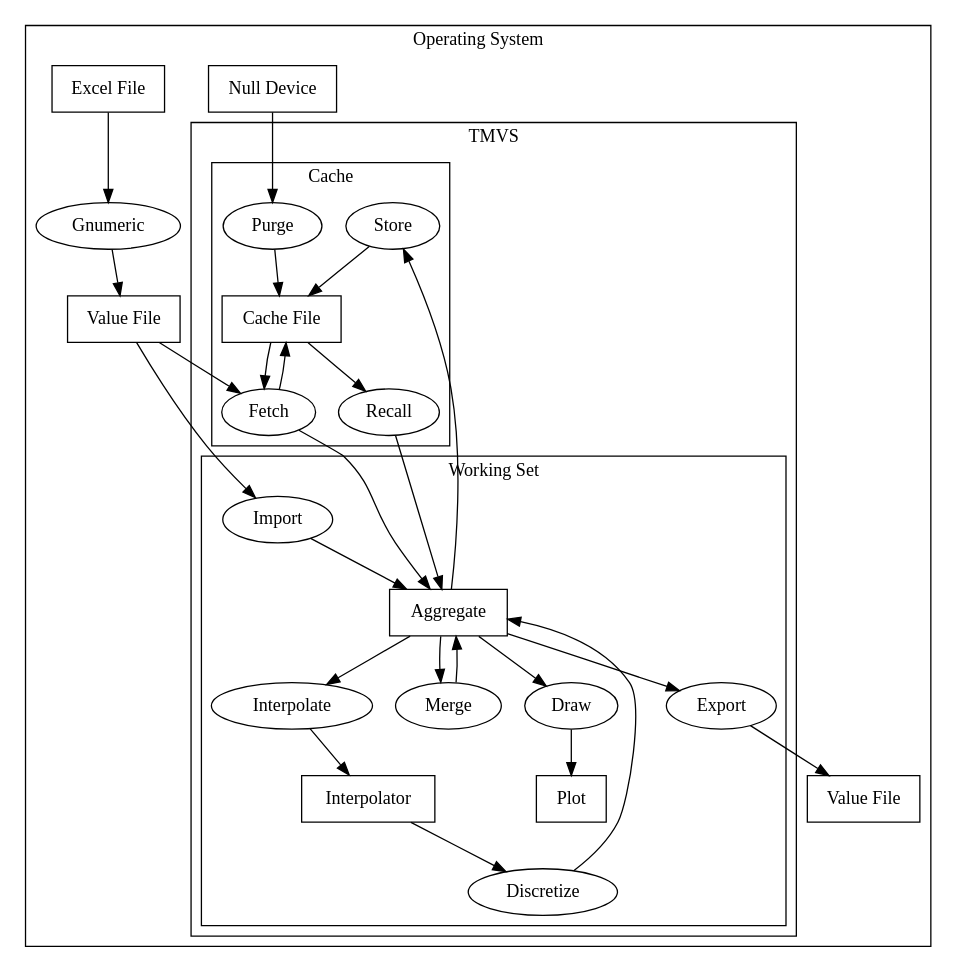
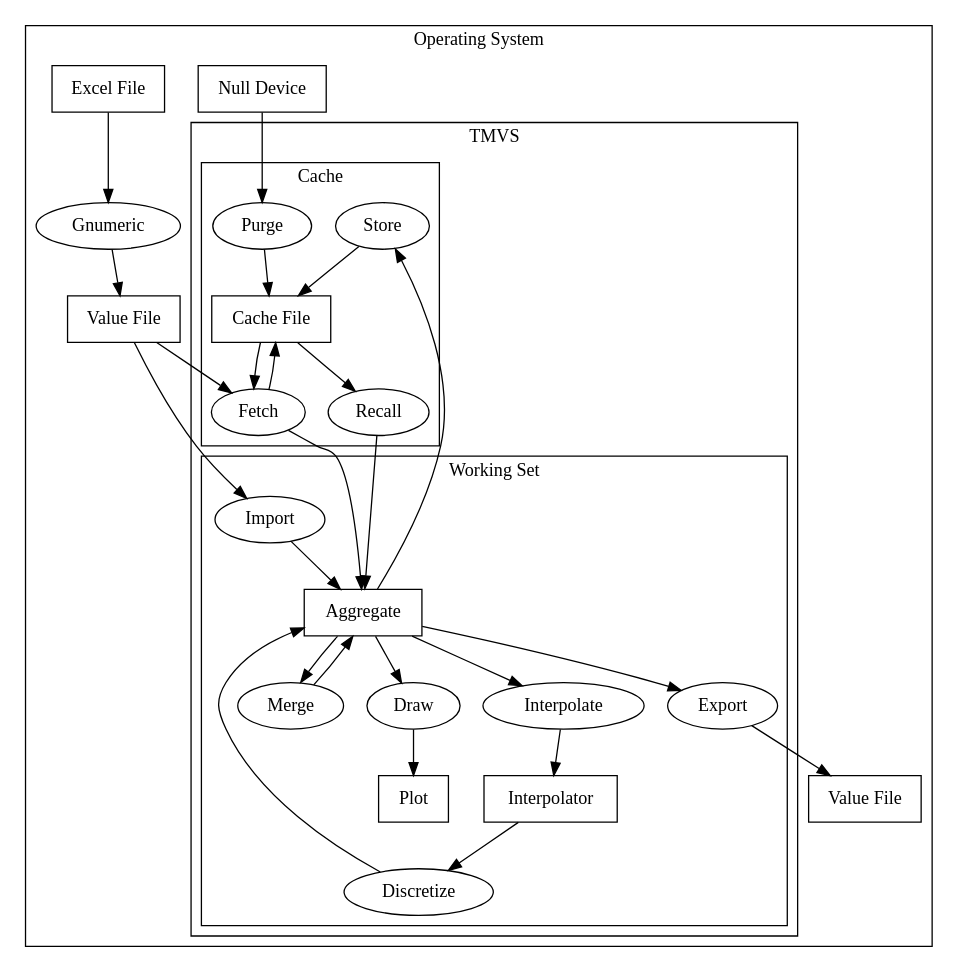
The diagram in data-flow.dot (Tuplanolla/tmvs), drawn with Graphviz before and after one commit. The commit also changed other lines of this file and 65 other files, not shown here.

```diff
--- a/data-flow.dot
+++ b/data-flow.dot
@@ -1,64 +1,64 @@
 digraph {
   subgraph cluster_os {
     label = "Operating System"
 
     node [shape = box]
     null [label = "Null Device"]
     xlsr [label = "Excel File"]
     csvr [label = "Value File"]
     csvw [label = "Value File"]
 
     node [shape = oval]
     gnumeric [label = "Gnumeric"]
 
     subgraph cluster_tmvs {
       label = "TMVS"
 
       subgraph cluster_ws {
         label = "Working Set"
 
         node [shape = box]
         aggr [label = "Aggregate"]
         interp [label = "Interpolator"]
         plot [label = "Plot"]
 
         node [shape = oval]
         import [label = "Import"]
+        export [label = "Export"]
+        merge [label = "Merge"]
         interpolate [label = "Interpolate"]
         discretize [label = "Discretize"]
-        merge [label = "Merge"]
         draw [label = "Draw"]
-        export [label = "Export"]
       }
 
       subgraph cluster_cache {
         label = "Cache"
 
         node [shape = box]
         cache [label = "Cache File"]
 
         node [shape = oval]
         store [label = "Store"]
         recall [label = "Recall"]
         fetch [label = "Fetch"]
         purge [label = "Purge"]
       }
     }
   }
 
   xlsr -> gnumeric -> csvr
   csvr -> import -> aggr
+  aggr -> export -> csvw
+  aggr -> merge -> aggr
   aggr -> interpolate -> interp
   interp -> discretize -> aggr
-  aggr -> merge -> aggr
   aggr -> draw -> plot
   aggr -> store -> cache
   cache -> recall -> aggr
   csvr -> fetch -> aggr
   cache -> fetch -> cache
   null -> purge -> cache
-  aggr -> export -> csvw
 
   fetch -> import [style = invis]
   recall -> import [style = invis]
 }
```
